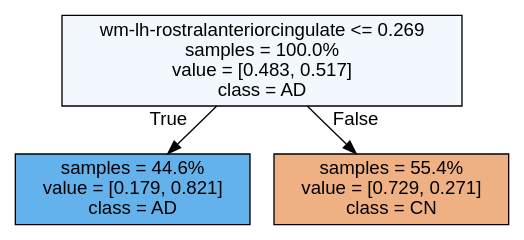
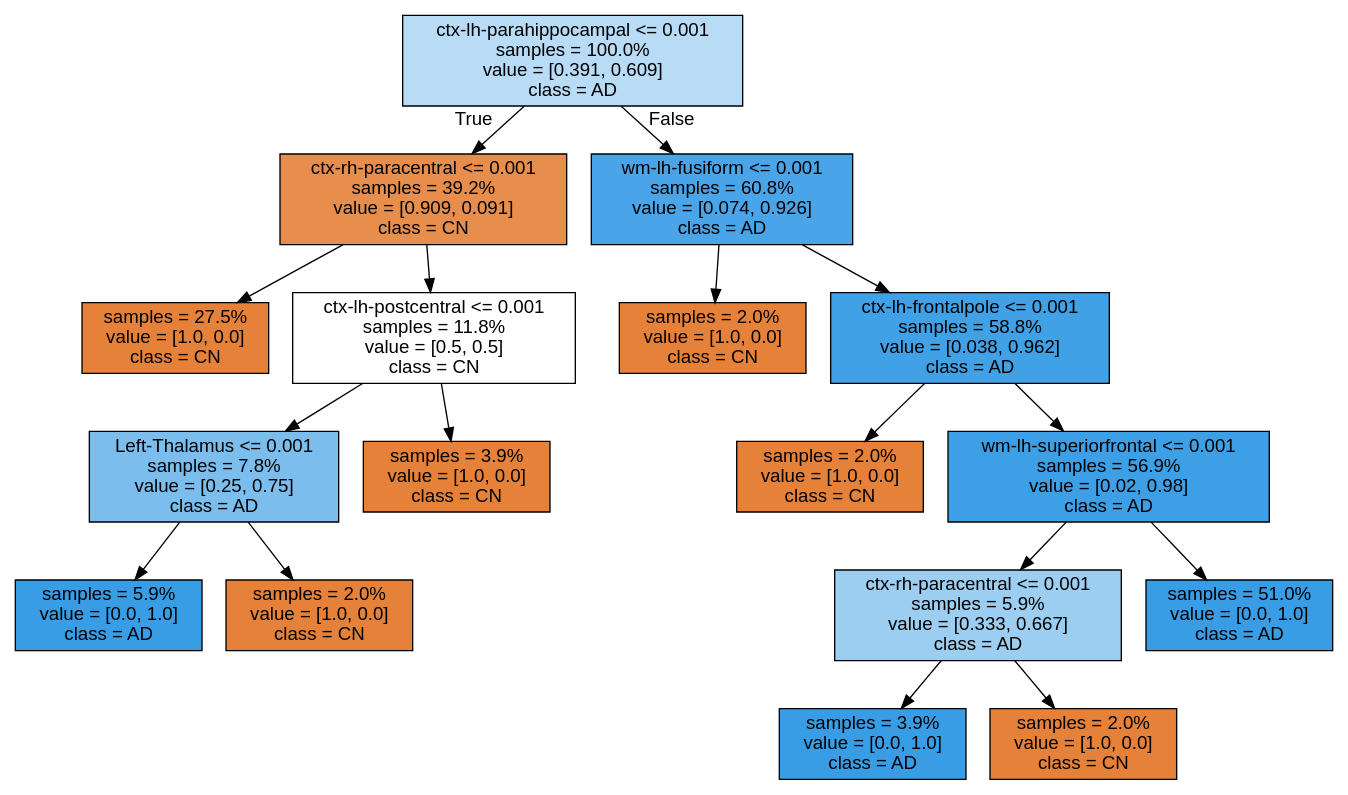
Before and after one commit to francescouni0/CompProject: the diagram in Source.gv, drawn with Graphviz. The commit also changed 16 other files, not shown here.

```diff
--- a/Source.gv
+++ b/Source.gv
@@ -1,9 +1,37 @@
 digraph Tree {
 node [shape=box, style="filled", color="black", fontname="helvetica"] ;
 edge [fontname="helvetica"] ;
-0 [label="wm-lh-rostralanteriorcingulate <= 0.269\nsamples = 100.0%\nvalue = [0.483, 0.517]\nclass = AD", fillcolor="#f2f8fd"] ;
-1 [label="samples = 44.6%\nvalue = [0.179, 0.821]\nclass = AD", fillcolor="#64b2eb"] ;
+0 [label="ctx-lh-parahippocampal <= 0.001\nsamples = 100.0%\nvalue = [0.391, 0.609]\nclass = AD", fillcolor="#b8dcf6"] ;
+1 [label="ctx-rh-paracentral <= 0.001\nsamples = 39.2%\nvalue = [0.909, 0.091]\nclass = CN", fillcolor="#e88e4d"] ;
 0 -> 1 [labeldistance=2.5, labelangle=45, headlabel="True"] ;
-2 [label="samples = 55.4%\nvalue = [0.729, 0.271]\nclass = CN", fillcolor="#efb083"] ;
-0 -> 2 [labeldistance=2.5, labelangle=-45, headlabel="False"] ;
+2 [label="samples = 27.5%\nvalue = [1.0, 0.0]\nclass = CN", fillcolor="#e58139"] ;
+1 -> 2 ;
+3 [label="ctx-lh-postcentral <= 0.001\nsamples = 11.8%\nvalue = [0.5, 0.5]\nclass = CN", fillcolor="#ffffff"] ;
+1 -> 3 ;
+4 [label="Left-Thalamus <= 0.001\nsamples = 7.8%\nvalue = [0.25, 0.75]\nclass = AD", fillcolor="#7bbeee"] ;
+3 -> 4 ;
+5 [label="samples = 5.9%\nvalue = [0.0, 1.0]\nclass = AD", fillcolor="#399de5"] ;
+4 -> 5 ;
+6 [label="samples = 2.0%\nvalue = [1.0, 0.0]\nclass = CN", fillcolor="#e58139"] ;
+4 -> 6 ;
+7 [label="samples = 3.9%\nvalue = [1.0, 0.0]\nclass = CN", fillcolor="#e58139"] ;
+3 -> 7 ;
+8 [label="wm-lh-fusiform <= 0.001\nsamples = 60.8%\nvalue = [0.074, 0.926]\nclass = AD", fillcolor="#49a5e7"] ;
+0 -> 8 [labeldistance=2.5, labelangle=-45, headlabel="False"] ;
+9 [label="samples = 2.0%\nvalue = [1.0, 0.0]\nclass = CN", fillcolor="#e58139"] ;
+8 -> 9 ;
+10 [label="ctx-lh-frontalpole <= 0.001\nsamples = 58.8%\nvalue = [0.038, 0.962]\nclass = AD", fillcolor="#41a1e6"] ;
+8 -> 10 ;
+11 [label="samples = 2.0%\nvalue = [1.0, 0.0]\nclass = CN", fillcolor="#e58139"] ;
+10 -> 11 ;
+12 [label="wm-lh-superiorfrontal <= 0.001\nsamples = 56.9%\nvalue = [0.02, 0.98]\nclass = AD", fillcolor="#3d9fe6"] ;
+10 -> 12 ;
+13 [label="ctx-rh-paracentral <= 0.001\nsamples = 5.9%\nvalue = [0.333, 0.667]\nclass = AD", fillcolor="#9ccef2"] ;
+12 -> 13 ;
+14 [label="samples = 3.9%\nvalue = [0.0, 1.0]\nclass = AD", fillcolor="#399de5"] ;
+13 -> 14 ;
+15 [label="samples = 2.0%\nvalue = [1.0, 0.0]\nclass = CN", fillcolor="#e58139"] ;
+13 -> 15 ;
+16 [label="samples = 51.0%\nvalue = [0.0, 1.0]\nclass = AD", fillcolor="#399de5"] ;
+12 -> 16 ;
 }
```
